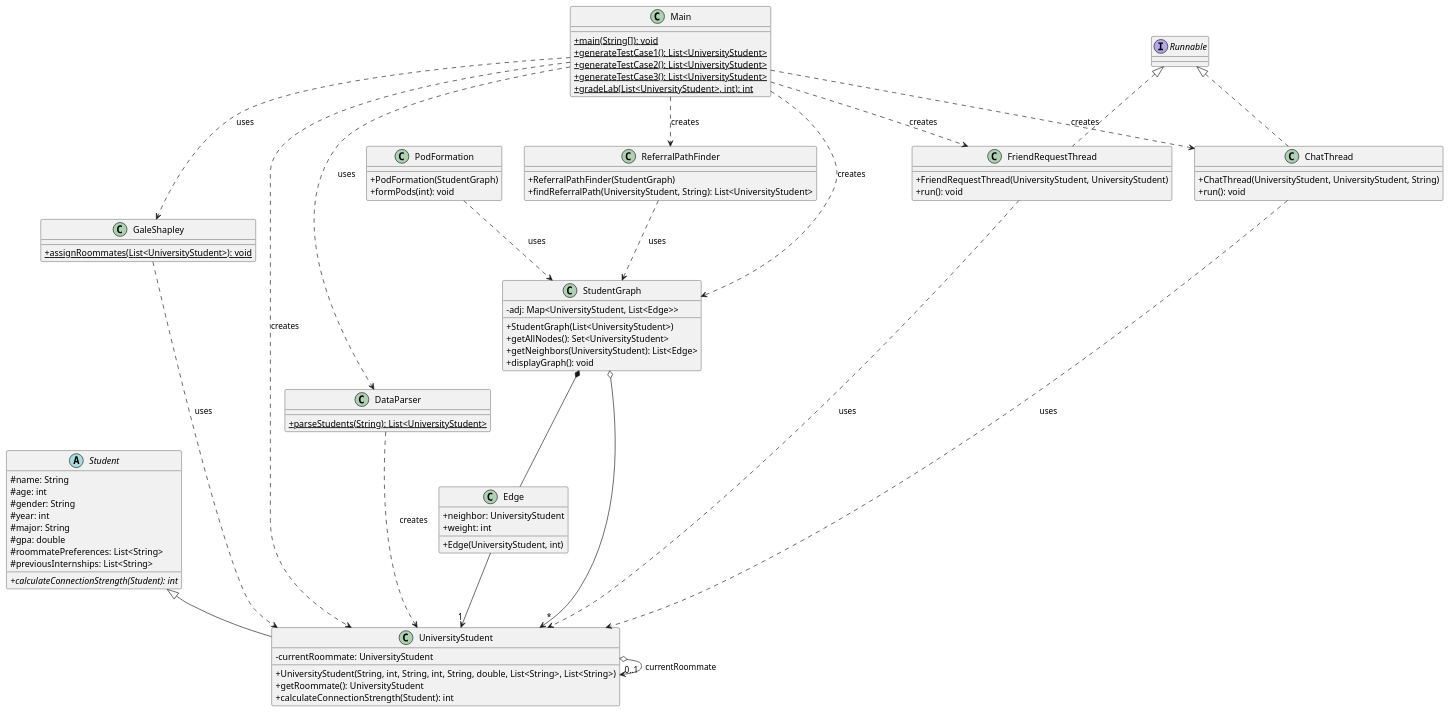
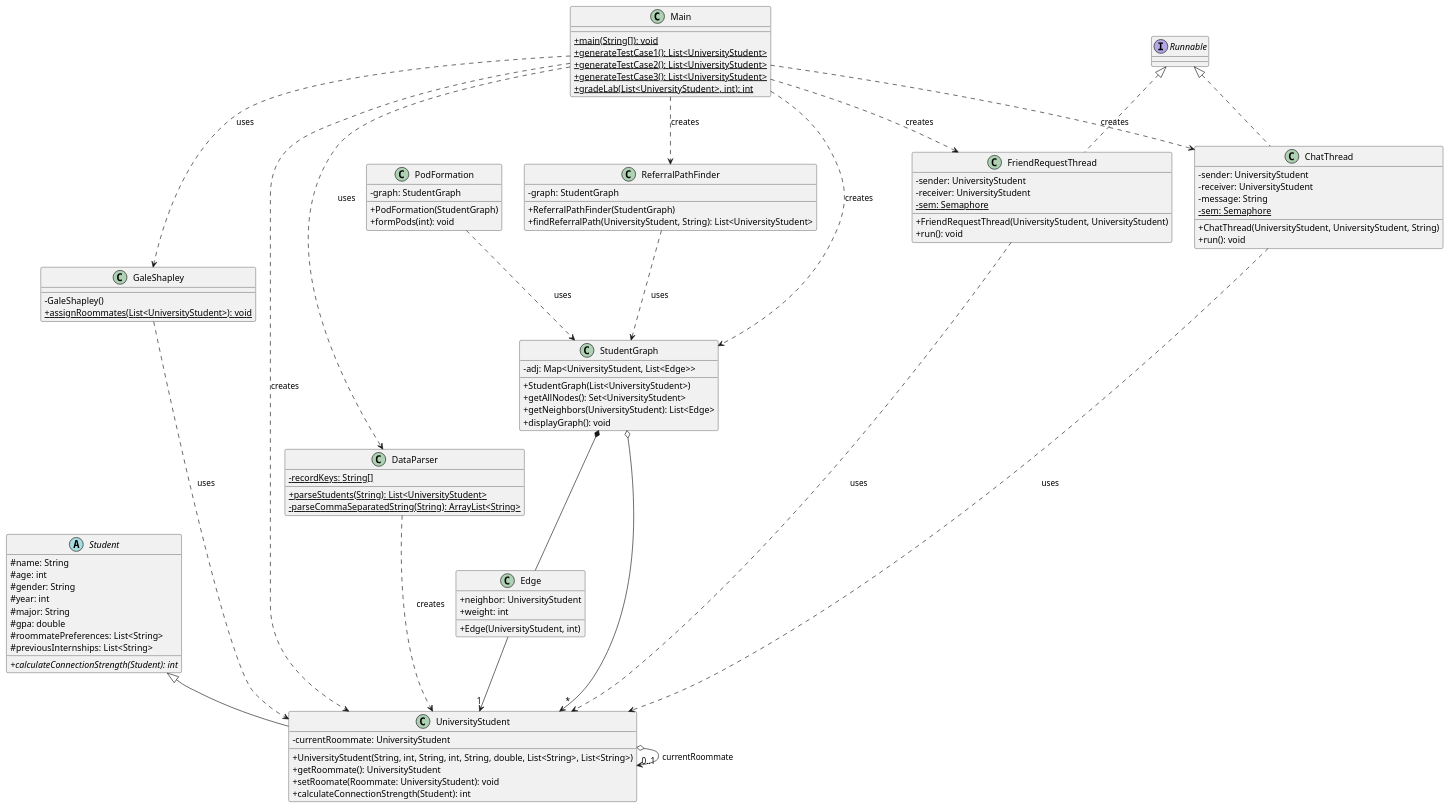
Before and after one commit to Altereno/ECE422C-LonghornNetwork: the diagram in docs/UML.puml, drawn with PlantUML. The commit also changed 1 other file, not shown here.

Commit message:
updated UML

```diff
--- a/docs/UML.puml
+++ b/docs/UML.puml
@@ -1,94 +1,107 @@
 @startuml
 skinparam classAttributeIconSize 0
 
 abstract class Student {
   # name: String
   # age: int
   # gender: String
   # year: int
   # major: String
   # gpa: double
   # roommatePreferences: List<String>
   # previousInternships: List<String>
   + {abstract} calculateConnectionStrength(Student): int
 }
 
 class UniversityStudent extends Student {
   - currentRoommate: UniversityStudent
   + UniversityStudent(String, int, String, int, String, double, List<String>, List<String>)
   + getRoommate(): UniversityStudent
+  + setRoomate(Roommate: UniversityStudent): void
   + calculateConnectionStrength(Student): int
 }
 
 class Edge {
   + neighbor: UniversityStudent
   + weight: int
   + Edge(UniversityStudent, int)
 }
 
 class StudentGraph {
   - adj: Map<UniversityStudent, List<Edge>>
   + StudentGraph(List<UniversityStudent>)
   + getAllNodes(): Set<UniversityStudent>
   + getNeighbors(UniversityStudent): List<Edge>
   + displayGraph(): void
 }
 
 class GaleShapley {
+  - GaleShapley()
   + {static} assignRoommates(List<UniversityStudent>): void
 }
 
 class ReferralPathFinder {
+  - graph: StudentGraph
   + ReferralPathFinder(StudentGraph)
   + findReferralPath(UniversityStudent, String): List<UniversityStudent>
 }
 
 class PodFormation {
+  - graph: StudentGraph
   + PodFormation(StudentGraph)
   + formPods(int): void
 }
 
 class FriendRequestThread implements Runnable {
+  - sender: UniversityStudent
+  - receiver: UniversityStudent
+  - {static} sem: Semaphore
   + FriendRequestThread(UniversityStudent, UniversityStudent)
   + run(): void
 }
 
 class ChatThread implements Runnable {
+  - sender: UniversityStudent
+  - receiver: UniversityStudent
+  - message: String
+  - {static} sem: Semaphore
   + ChatThread(UniversityStudent, UniversityStudent, String)
   + run(): void
 }
 
 class DataParser {
+  - {static} recordKeys: String[]
   + {static} parseStudents(String): List<UniversityStudent>
+  - {static} parseCommaSeparatedString(String): ArrayList<String>
 }
 
 class Main {
   + {static} main(String[]): void
   + {static} generateTestCase1(): List<UniversityStudent>
   + {static} generateTestCase2(): List<UniversityStudent>
   + {static} generateTestCase3(): List<UniversityStudent>
   + {static} gradeLab(List<UniversityStudent>, int): int
 }
 
 Main ..> UniversityStudent : "creates"
 Main ..> DataParser : "uses"
 Main ..> StudentGraph : "creates"
 Main ..> GaleShapley : "uses"
 Main ..> ReferralPathFinder : "creates"
 Main ..> FriendRequestThread : "creates"
 Main ..> ChatThread : "creates"
 
 UniversityStudent o--> "0..1" UniversityStudent : "currentRoommate"
 
 StudentGraph *-- Edge
 StudentGraph o--> "*" UniversityStudent
 Edge --> "1" UniversityStudent
 
 GaleShapley ..> UniversityStudent : "uses"
 DataParser ..> UniversityStudent : "creates"
 ReferralPathFinder ..> StudentGraph : "uses"
 PodFormation ..> StudentGraph : "uses"
 FriendRequestThread ..> UniversityStudent : "uses"
 ChatThread ..> UniversityStudent : "uses"
 
 @enduml
```
